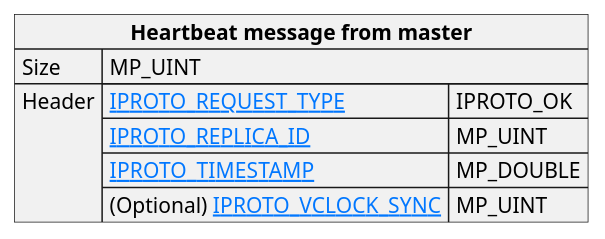
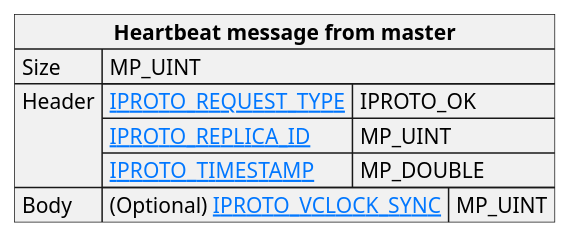
Before and after one commit to tarantool/doc: the diagram in doc/dev_guide/internals/iproto/images/repl_heartbeat_message.puml, drawn with PlantUML. The commit also changed 5 other files, not shown here.

```diff
--- a/doc/dev_guide/internals/iproto/images/repl_heartbeat_message.puml
+++ b/doc/dev_guide/internals/iproto/images/repl_heartbeat_message.puml
@@ -1,20 +1,22 @@
 @startuml
 
 skinparam {
     HyperlinkColor #0077FF
     FontColor #313131
     BorderColor #313131
     BackgroundColor transparent
 }
 
 json "**Heartbeat message from master**" as heartbeat_request {
     "Size": "MP_UINT",
     "Header": {
       "[[https://tarantool.io/en/doc/latest/dev_guide/internals/iproto/keys/#general IPROTO_REQUEST_TYPE]]": "IPROTO_OK",
       "[[https://tarantool.io/en/doc/latest/dev_guide/internals/iproto/keys/#general-replication IPROTO_REPLICA_ID]]": "MP_UINT",
-      "[[https://tarantool.io/en/doc/latest/dev_guide/internals/iproto/keys/#general IPROTO_TIMESTAMP]]": "MP_DOUBLE",
+      "[[https://tarantool.io/en/doc/latest/dev_guide/internals/iproto/keys/#general IPROTO_TIMESTAMP]]": "MP_DOUBLE"
+    },
+    "Body": {
       "(Optional) [[https://tarantool.io/en/doc/latest/dev_guide/internals/iproto/keys/#general-replication IPROTO_VCLOCK_SYNC]]": "MP_UINT"
     }
 }
 
 @enduml
```
